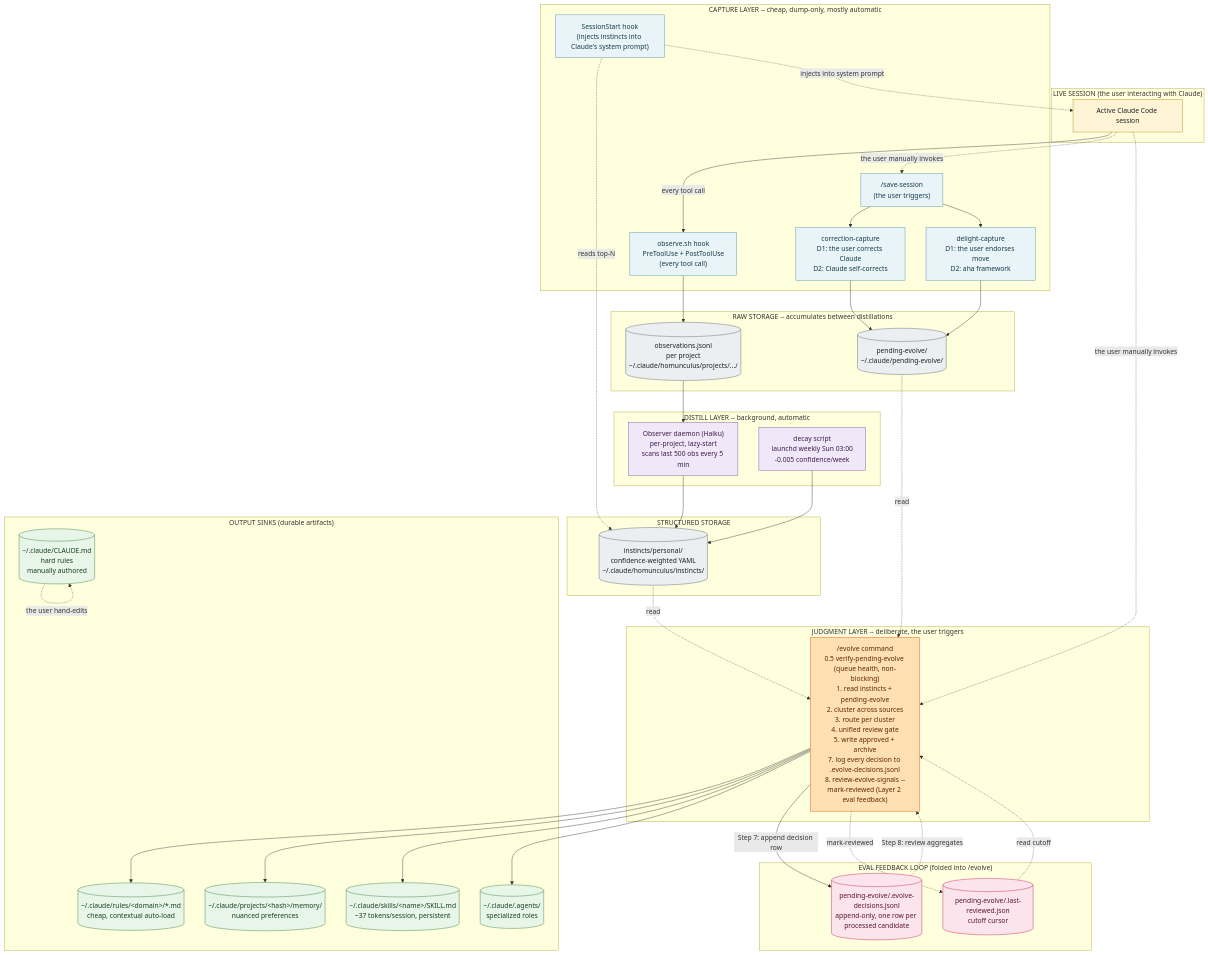
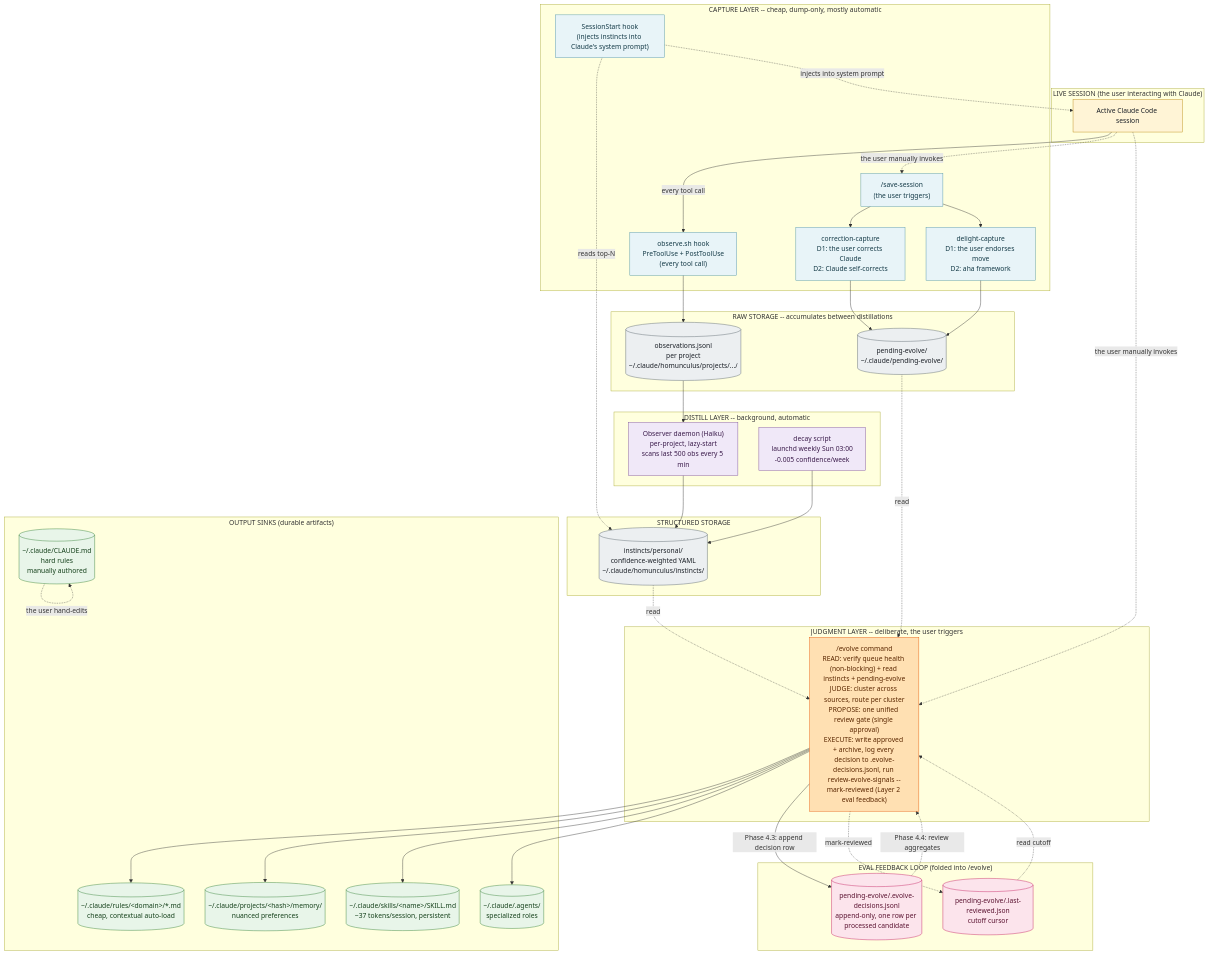
One commit to annexiao/claude-code-self-evolution changed the first of 5 diagrams in docs/ARCHITECTURE.md. Above: the diagram before and after it, drawn with Mermaid. The commit also changed other lines of this file and 6 other files, not shown here.

```diff
--- a/docs/ARCHITECTURE.md
+++ b/docs/ARCHITECTURE.md
@@ -92,7 +92,7 @@
  end
 
  subgraph JUDGE["JUDGMENT LAYER -- deliberate, the user triggers"]
- E1["/evolve command<br/>0.5 verify-pending-evolve (queue health, non-blocking)<br/>1. read instincts + pending-evolve<br/>2. cluster across sources<br/>3. route per cluster<br/>4. unified review gate<br/>5. write approved + archive<br/>7. log every decision to .evolve-decisions.jsonl<br/>8. review-evolve-signals --mark-reviewed (Layer 2 eval feedback)"]
+ E1["/evolve command<br/>READ: verify queue health (non-blocking) + read instincts + pending-evolve<br/>JUDGE: cluster across sources, route per cluster<br/>PROPOSE: one unified review gate (single approval)<br/>EXECUTE: write approved + archive, log every decision to .evolve-decisions.jsonl, run review-evolve-signals --mark-reviewed (Layer 2 eval feedback)"]
  end
 
  subgraph EVAL["EVAL FEEDBACK LOOP (folded into /evolve)"]
@@ -135,8 +135,8 @@
  E1 --> OUT3
  E1 --> OUT4
 
- E1 -->|Step 7: append decision row| VLOG
- VLOG -.->|Step 8: review aggregates| E1
+ E1 -->|Phase 4.3: append decision row| VLOG
+ VLOG -.->|Phase 4.4: review aggregates| E1
  VSTATE -.->|read cutoff| E1
  E1 -.->|mark-reviewed| VSTATE
 
```
